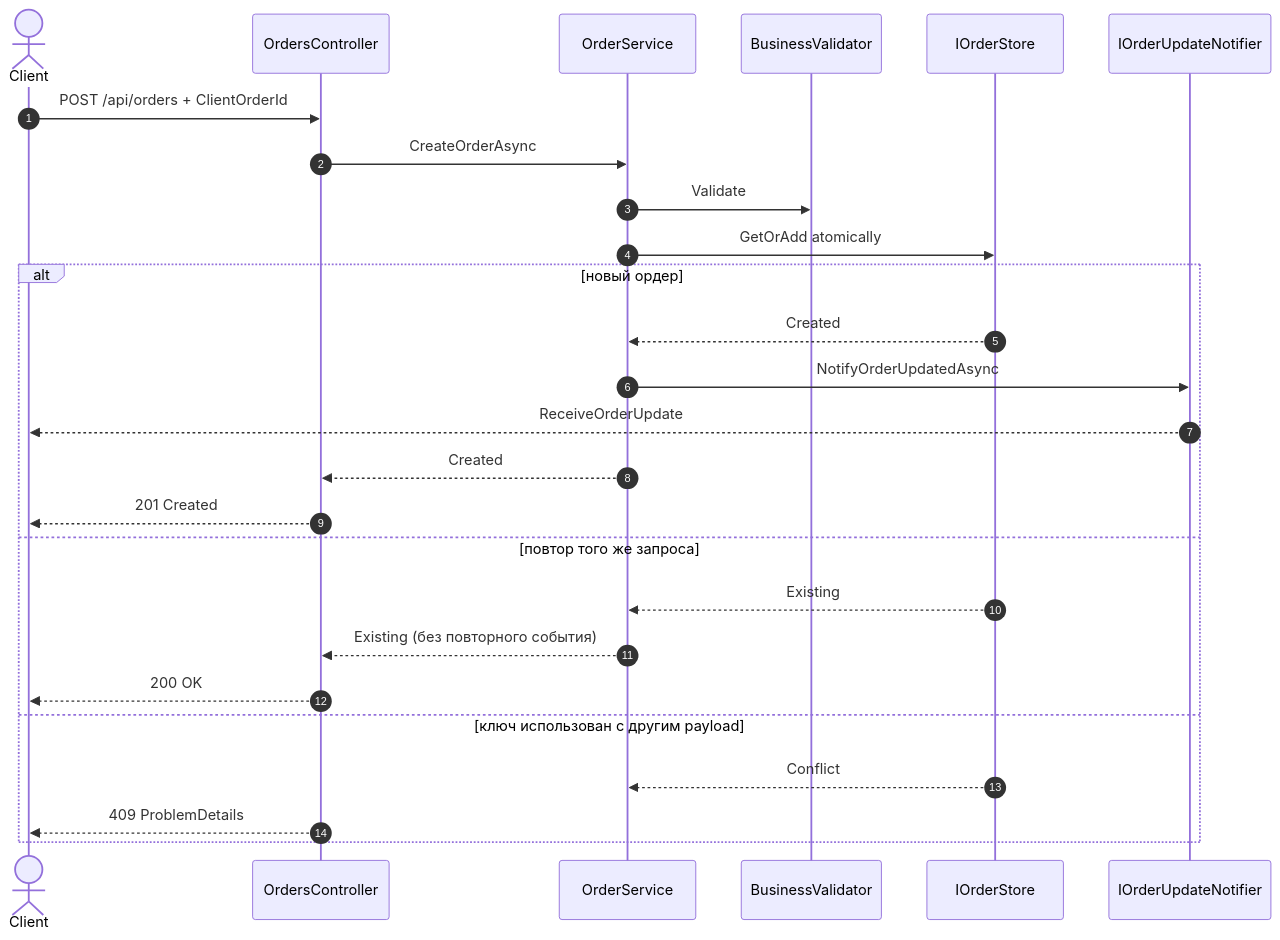
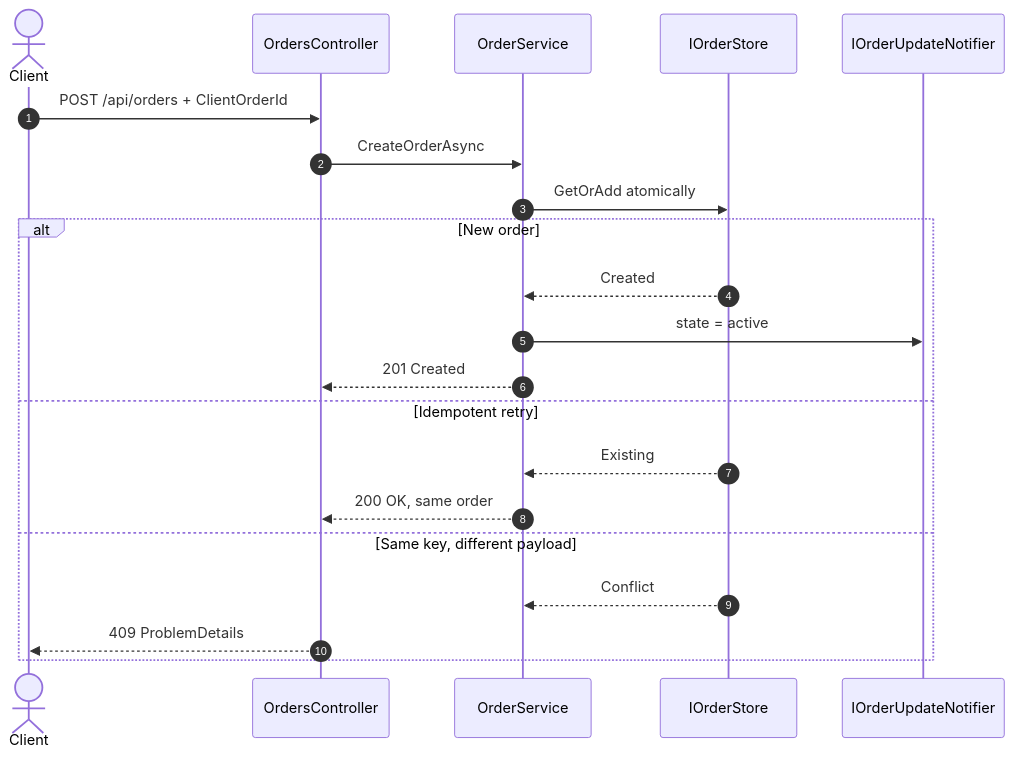
Before and after one commit to alexKuzovkov/order-realtime-api: the third of 3 diagrams in README.md, drawn with Mermaid. The commit also changed other lines of this file and 20 other files, not shown here.

````diff
--- a/README.md
+++ b/README.md
@@ -66,29 +139,24 @@
 ```mermaid
 sequenceDiagram
     autonumber
     actor Client
     participant API as OrdersController
     participant Service as OrderService
-    participant Validator as BusinessValidator
     participant Store as IOrderStore
     participant SignalR as IOrderUpdateNotifier
 
     Client->>API: POST /api/orders + ClientOrderId
     API->>Service: CreateOrderAsync
-    Service->>Validator: Validate
     Service->>Store: GetOrAdd atomically
-    alt новый ордер
+    alt New order
         Store-->>Service: Created
-        Service->>SignalR: NotifyOrderUpdatedAsync
-        SignalR-->>Client: ReceiveOrderUpdate
-        Service-->>API: Created
-        API-->>Client: 201 Created
-    else повтор того же запроса
+        Service->>SignalR: state = active
+        Service-->>API: 201 Created
+    else Idempotent retry
         Store-->>Service: Existing
-        Service-->>API: Existing (без повторного события)
-        API-->>Client: 200 OK
-    else ключ использован с другим payload
+        Service-->>API: 200 OK, same order
+    else Same key, different payload
         Store-->>Service: Conflict
         API-->>Client: 409 ProblemDetails
     end
 ```
````
